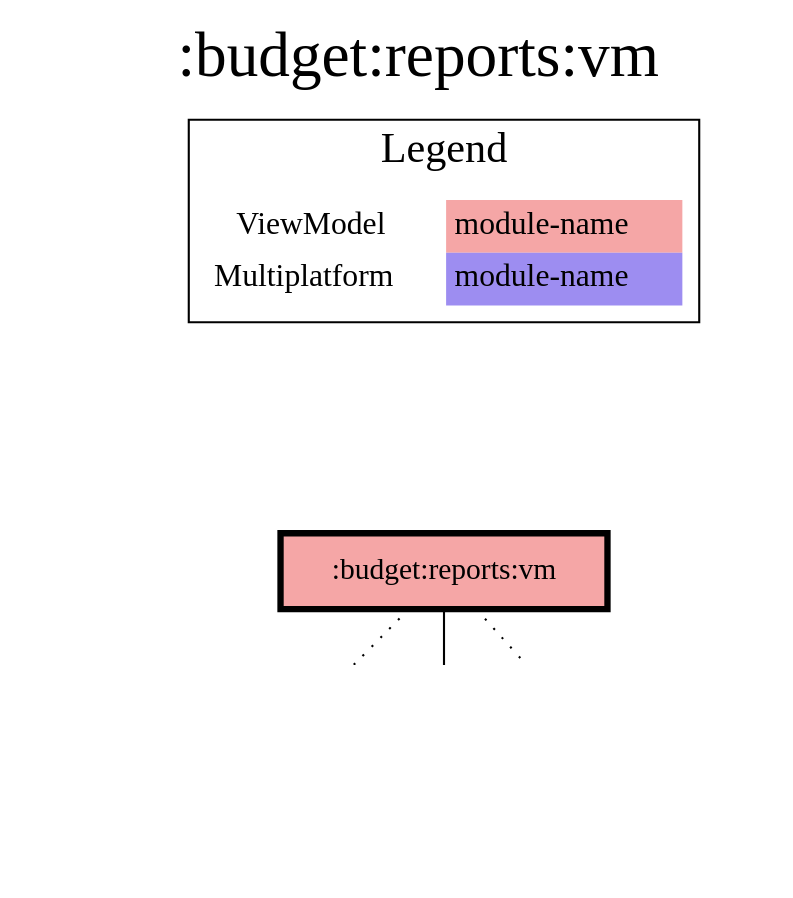
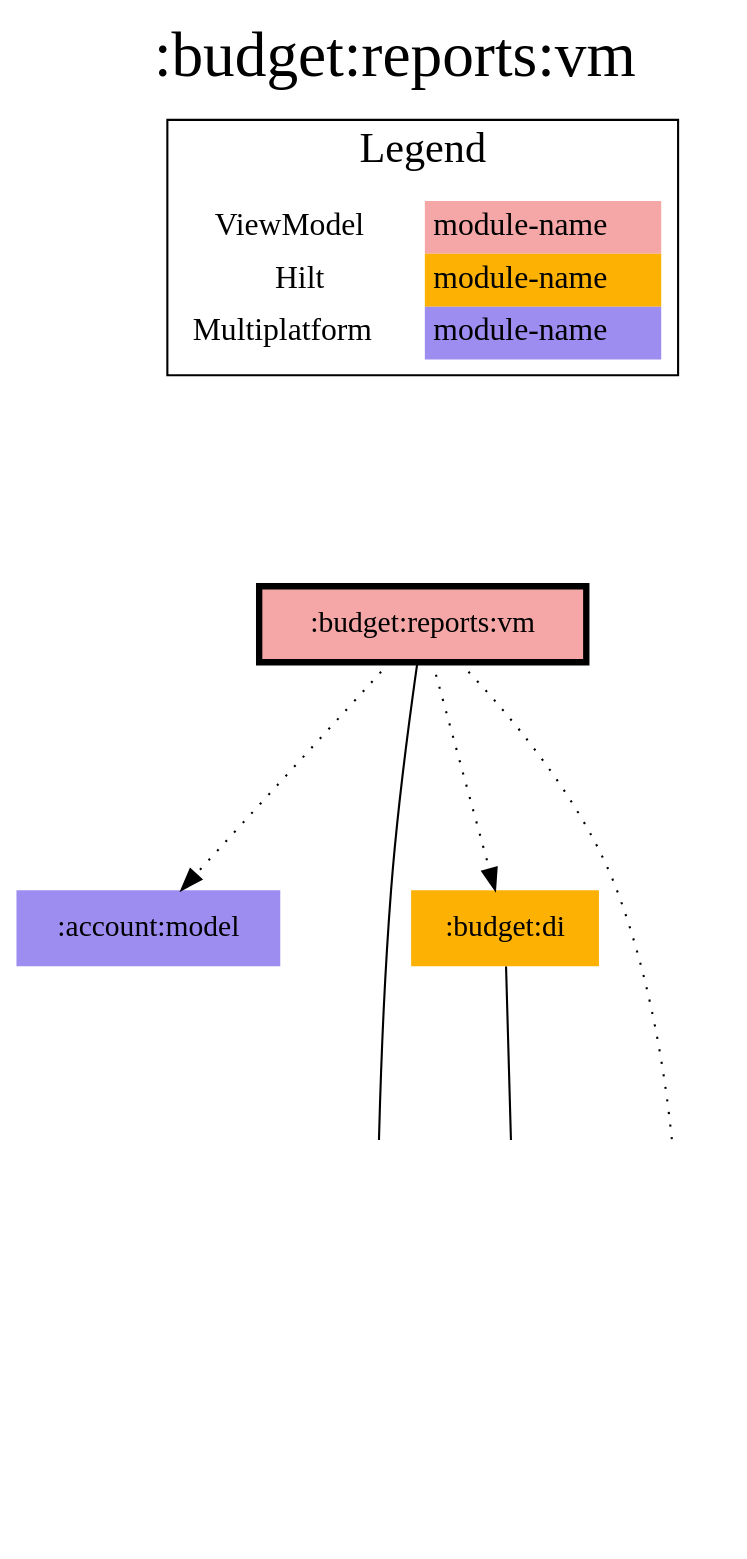
Before and after one commit to jonapoul/aktual: the diagram in modules/budget/reports/vm/modules.dot, drawn with Graphviz. The commit also changed 7 other files, not shown here.

```diff
--- a/modules/budget/reports/vm/modules.dot
+++ b/modules/budget/reports/vm/modules.dot
@@ -1,27 +1,34 @@
 digraph {
 edge ["dir"="forward"]
 graph ["dpi"="100","label"=":budget:reports:vm","labelloc"="t","fontsize"="30","ranksep"="1.5","rankdir"="TB"]
 node ["style"="filled"]
 ":account:model" ["fillcolor"="#9D8DF1","shape"="none"]
+":budget:data" ["fillcolor"="#9D8DF1","shape"="none"]
+":budget:di" ["fillcolor"="#FCB103","shape"="none"]
 ":budget:model" ["fillcolor"="#9D8DF1","shape"="none"]
 ":budget:reports:vm" ["fillcolor"="#F5A6A6","color"="black","penwidth"="3","shape"="box"]
 ":core:model" ["fillcolor"="#9D8DF1","shape"="none"]
 {
 edge ["dir"="none"]
 graph ["rank"="same"]
 ":budget:reports:vm"
 }
+":budget:data" -> ":budget:model"
+":budget:data" -> ":core:model"
+":budget:di" -> ":budget:data"
 ":budget:reports:vm" -> ":account:model" ["style"="dotted"]
+":budget:reports:vm" -> ":budget:di" ["style"="dotted"]
 ":budget:reports:vm" -> ":budget:model"
 ":budget:reports:vm" -> ":core:model" ["style"="dotted"]
 subgraph "cluster_legend" {
 edge ["dir"="none"]
 graph ["label"="Legend","fontsize"="20"]
 "Legend" ["style"="filled","fillcolor"="#FFFFFF","shape"="none","margin"="0","fontsize"="15","label"=<
 <TABLE BORDER="0" CELLBORDER="0" CELLSPACING="0" CELLPADDING="4">
 <TR><TD>ViewModel</TD><TD BGCOLOR="#F5A6A6">module-name</TD></TR>
+<TR><TD>Hilt</TD><TD BGCOLOR="#FCB103">module-name</TD></TR>
 <TR><TD>Multiplatform</TD><TD BGCOLOR="#9D8DF1">module-name</TD></TR>
 </TABLE>
 >]
 } -> ":budget:reports:vm" ["style"="invis"]
 }
```
